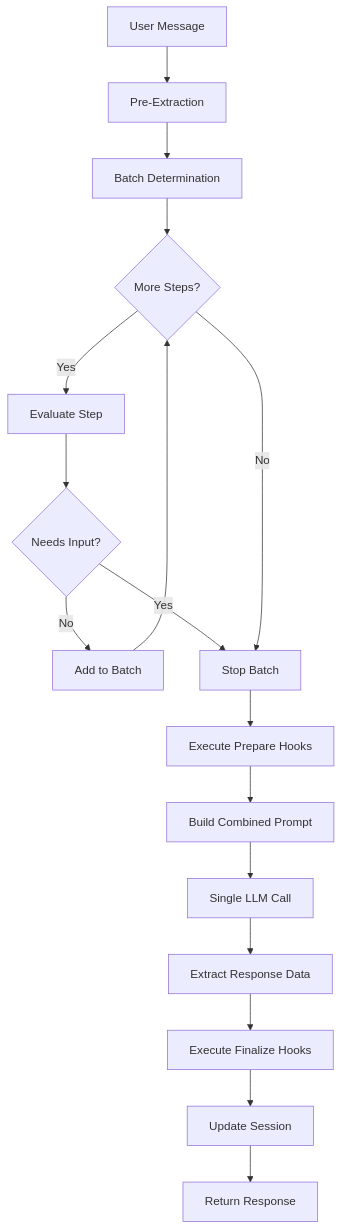
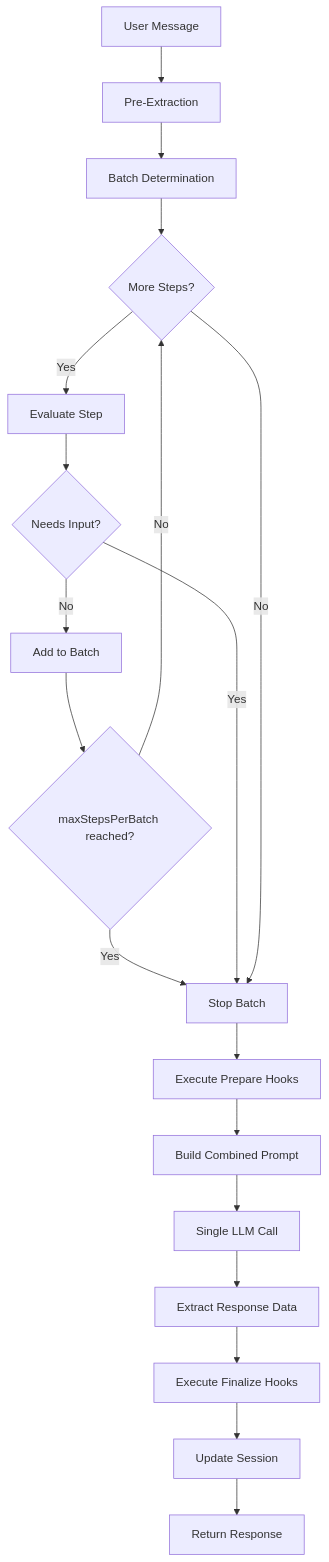
One commit to falai-dev/agent changed the diagram in docs/architecture/multi-step-execution.md. Above: the diagram before and after it, drawn with Mermaid. The commit also changed other lines of this file and 14 other files, not shown here.

Commit message:
steps: added maxStepsPerBatch to agent, defaulting to 1 step at time

````diff
--- a/docs/architecture/multi-step-execution.md
+++ b/docs/architecture/multi-step-execution.md
@@ -18,19 +40,21 @@
 ```mermaid
 flowchart TD
     A[User Message] --> B[Pre-Extraction]
     B --> C[Batch Determination]
     C --> D{More Steps?}
     D -->|Yes| E[Evaluate Step]
     E --> F{Needs Input?}
     F -->|No| G[Add to Batch]
-    G --> D
+    G --> G2{maxStepsPerBatch reached?}
+    G2 -->|No| D
+    G2 -->|Yes| H[Stop Batch]
     F -->|Yes| H[Stop Batch]
     D -->|No| H
     H --> I[Execute Prepare Hooks]
     I --> J[Build Combined Prompt]
     J --> K[Single LLM Call]
     K --> L[Extract Response Data]
     L --> M[Execute Finalize Hooks]
     M --> N[Update Session]
     N --> O[Return Response]
 ```
````
